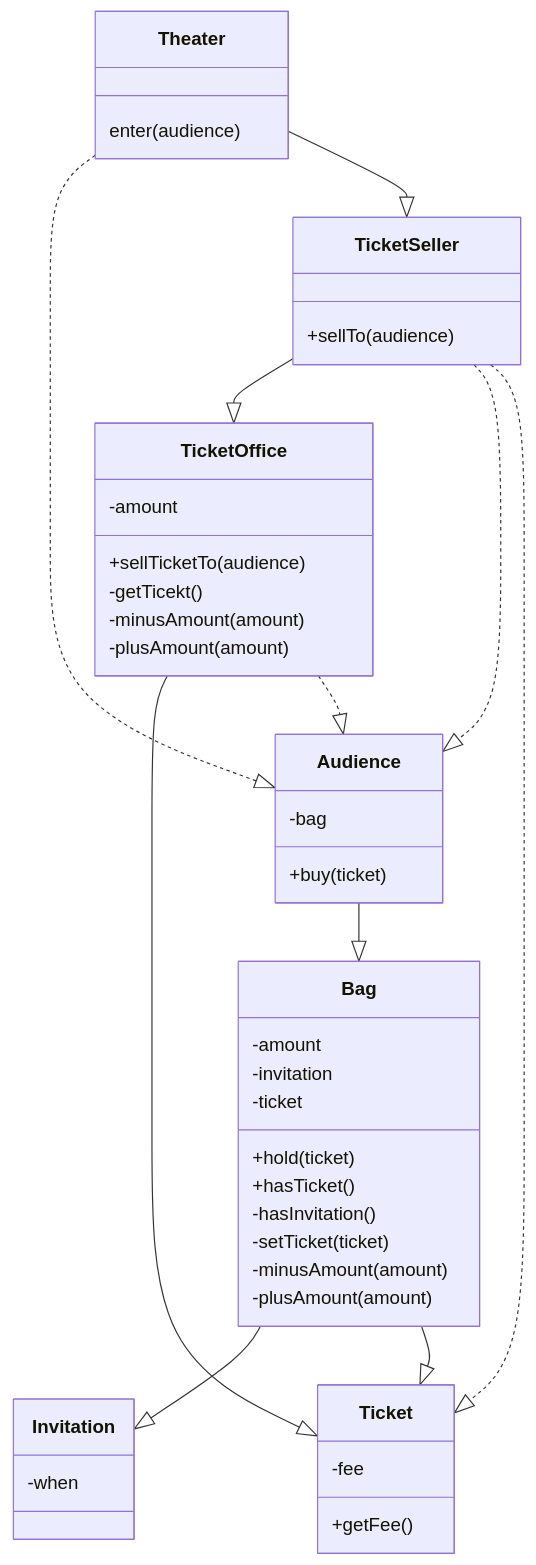
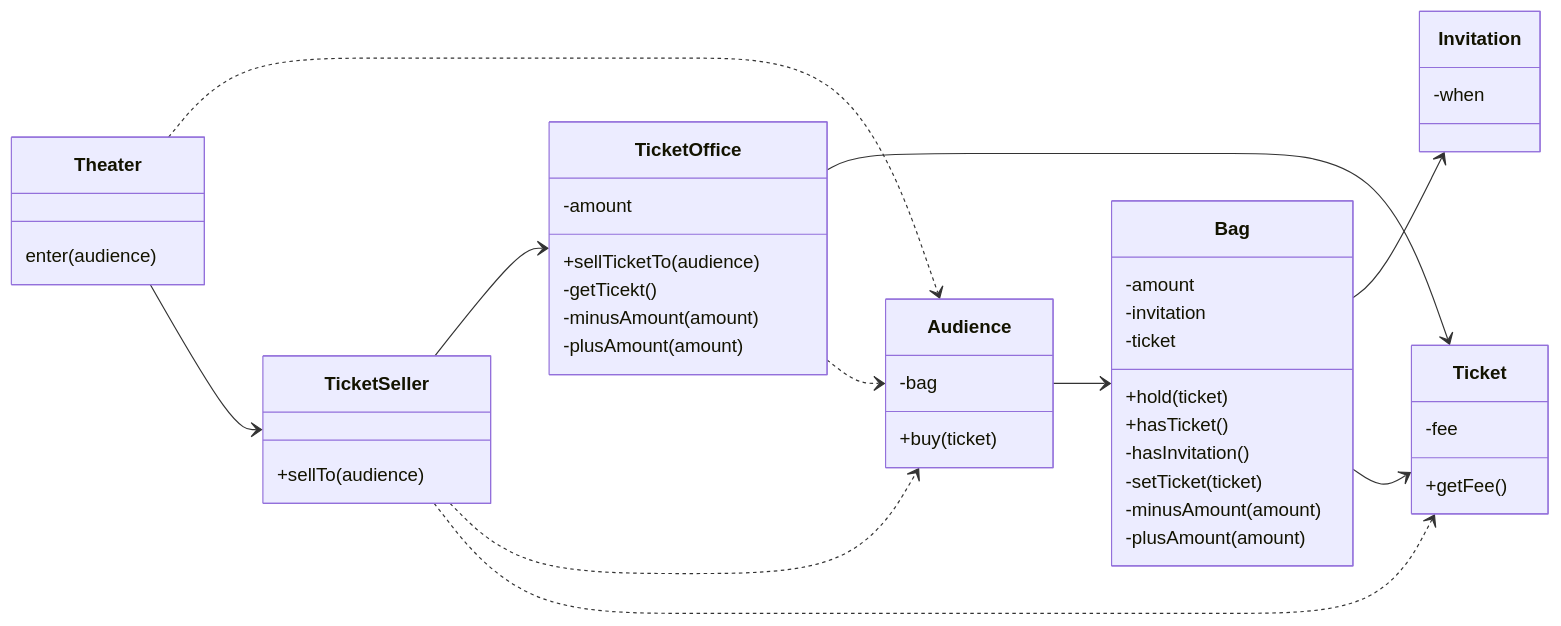
One commit to javython999/object changed the second of 3 diagrams in README.md. Above: the diagram before and after it, drawn with Mermaid. The commit also changed other lines of this file and 8 other files, not shown here.

````diff
--- a/README.md
+++ b/README.md
@@ -107,55 +108,56 @@
 ```mermaid
 classDiagram
-    Audience -- |> Bag
-    Bag --|> Invitation
-    Bag --|> Ticket
-    TicketSeller --|> TicketOffice
-    TicketSeller ..|> Audience
-    TicketSeller ..|> Ticket
-    TicketOffice --|> Ticket
-    TicketOffice ..|> Audience
-    Theater ..|> Audience
-    Theater --|> TicketSeller
+    direction LR
+    Audience --> Bag
+    Bag --> Invitation
+    Bag --> Ticket
+    TicketSeller --> TicketOffice
+    TicketSeller ..> Audience
+    TicketSeller ..> Ticket
+    TicketOffice --> Ticket
+    TicketOffice ..> Audience
+    Theater ..> Audience
+    Theater --> TicketSeller
     
     class Audience {
         -bag
         +buy(ticket)
     }
     
     class Bag {
         -amount
         -invitation
         -ticket
         +hold(ticket)
         +hasTicket()
         -hasInvitation()
         -setTicket(ticket)
         -minusAmount(amount)
         -plusAmount(amount)
     }
     
     class Invitation {
         -when
     }
     
     class Ticket {
         -fee
         +getFee()
     }
     
     class TicketSeller {
         +sellTo(audience)
     }
     
     class TicketOffice {
         -amount
         +sellTicketTo(audience)
         -getTicekt()
         -minusAmount(amount)
         -plusAmount(amount)
     }
     
     class Theater {
         enter(audience)
     }
 ```
````
